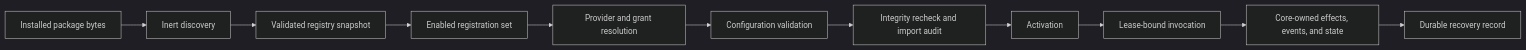
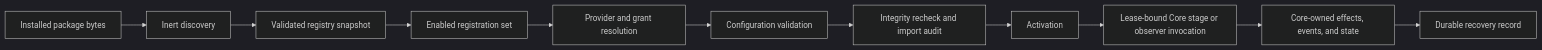
One commit to datrab/kubeclaw changed the diagram in docs/site/understand/plugin-runtime.md. Above: the diagram before and after it, drawn with Mermaid (dark theme). The commit also changed other lines of this file and 65 other files, not shown here.

````diff
--- a/docs/site/understand/plugin-runtime.md
+++ b/docs/site/understand/plugin-runtime.md
@@ -30,13 +30,13 @@
 ```mermaid
 flowchart LR
     A[Installed package bytes] --> B[Inert discovery]
     B --> C[Validated registry snapshot]
     C --> D[Enabled registration set]
     D --> E[Provider and grant resolution]
     E --> F[Configuration validation]
     F --> G[Integrity recheck and import audit]
     G --> H[Activation]
-    H --> I[Lease-bound invocation]
+    H --> I[Lease-bound Core stage or observer invocation]
     I --> J[Core-owned effects, events, and state]
     J --> K[Durable recovery record]
 ```
````
